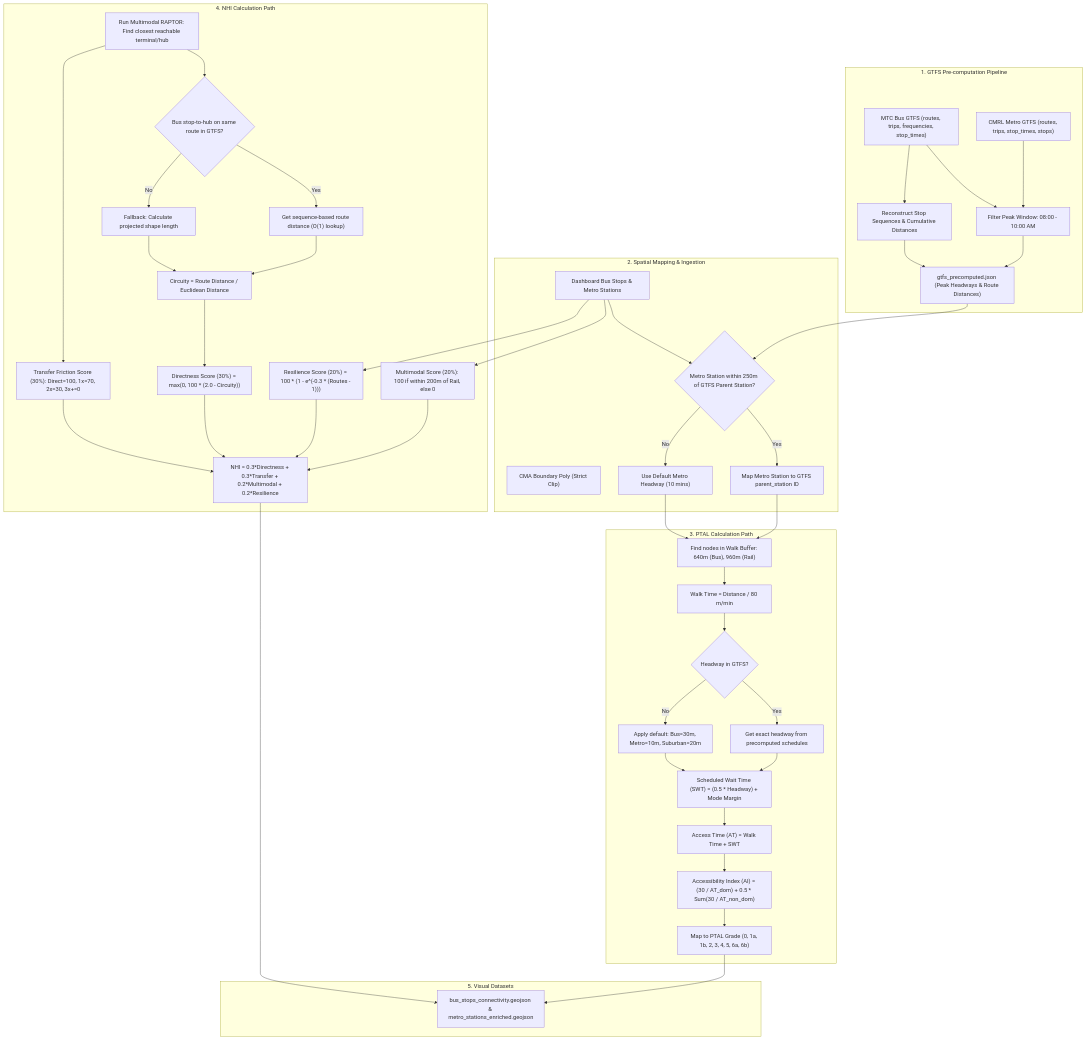
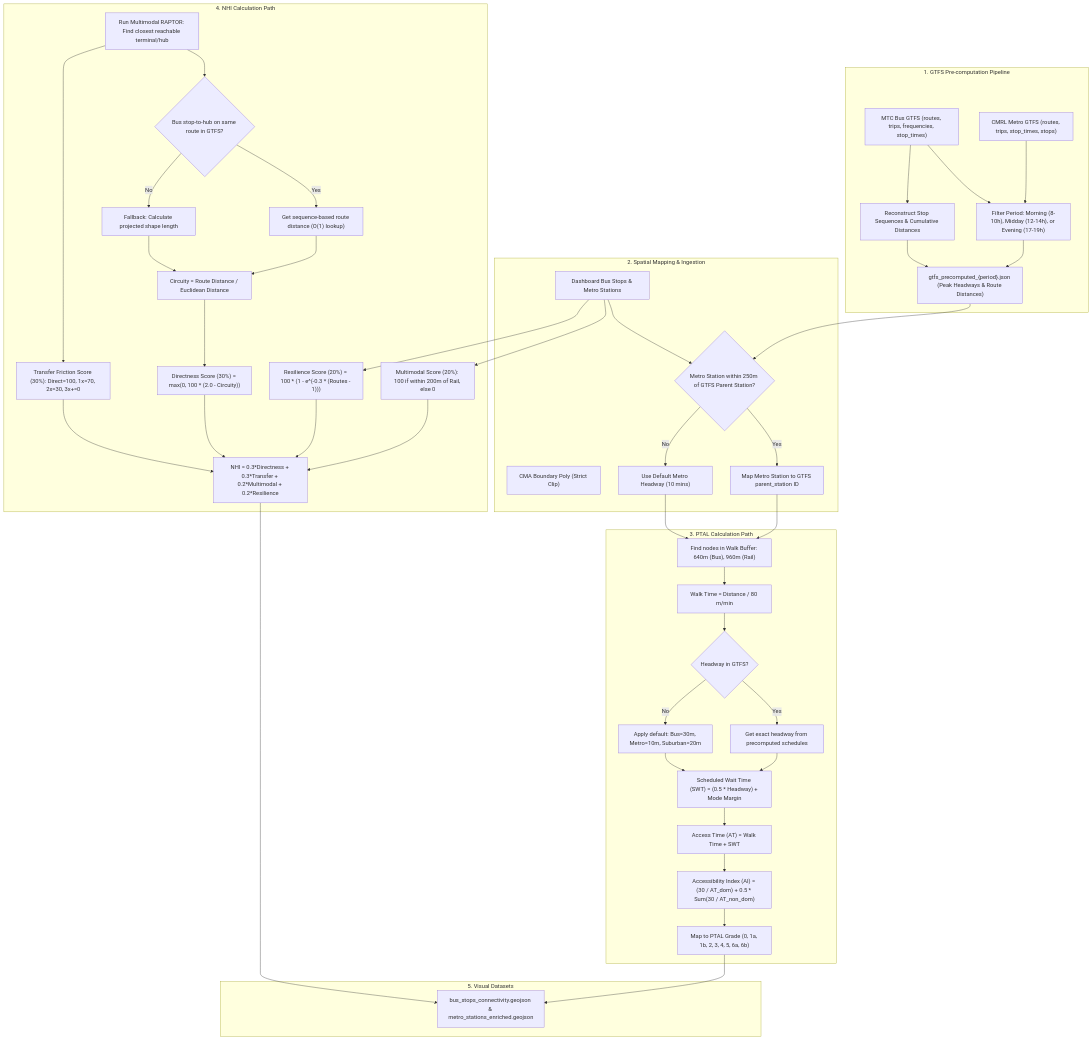
The diagram in GTFS_Integration_Logic.md (bharatoraon/Depot_Analysis), drawn with Mermaid before and after one commit. The commit also changed other lines of this file and 26 other files, not shown here.

```diff
--- a/GTFS_Integration_Logic.md
+++ b/GTFS_Integration_Logic.md
@@ -15,14 +15,14 @@
         GTFS_MTC["MTC Bus GTFS (routes, trips, frequencies, stop_times)"]
         GTFS_CMRL["CMRL Metro GTFS (routes, trips, stop_times, stops)"]
         
-        PeakFilter["Filter Peak Window: 08:00 - 10:00 AM"]
+        PeakFilter["Filter Period: Morning (8-10h), Midday (12-14h), or Evening (17-19h)"]
         SeqCompute["Reconstruct Stop Sequences & Cumulative Distances"]
         
         GTFS_MTC --> PeakFilter
         GTFS_MTC --> SeqCompute
         GTFS_CMRL --> PeakFilter
         
-        PrecomputedJSON["gtfs_precomputed.json (Peak Headways & Route Distances)"]
+        PrecomputedJSON["gtfs_precomputed_{period}.json (Peak Headways & Route Distances)"]
         PeakFilter --> PrecomputedJSON
         SeqCompute --> PrecomputedJSON
     end
```
